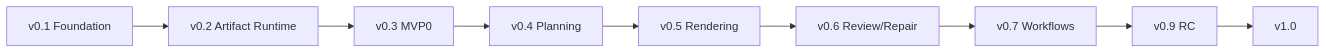
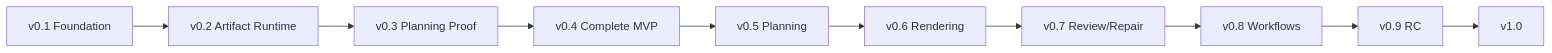
One commit to rv198-star/Slidethus changed the diagram in docs/09-roadmap.md. Above: the diagram before and after it, drawn with Mermaid. The commit also changed other lines of this file and 33 other files, not shown here.

Commit message:
Complete Slidethus MVP action and output chain

````diff
--- a/docs/09-roadmap.md
+++ b/docs/09-roadmap.md
@@ -98,11 +103,12 @@
 ```mermaid
 flowchart LR
     F[v0.1 Foundation] --> A[v0.2 Artifact Runtime]
-    A --> M[v0.3 MVP0]
-    M --> P[v0.4 Planning]
-    P --> R[v0.5 Rendering]
-    R --> Q[v0.6 Review/Repair]
-    Q --> W[v0.7 Workflows]
+    A --> M0[v0.3 Planning Proof]
+    M0 --> M1[v0.4 Complete MVP]
+    M1 --> P[v0.5 Planning]
+    P --> R[v0.6 Rendering]
+    R --> Q[v0.7 Review/Repair]
+    Q --> W[v0.8 Workflows]
     W --> RC[v0.9 RC]
     RC --> V[v1.0]
 ```
````
